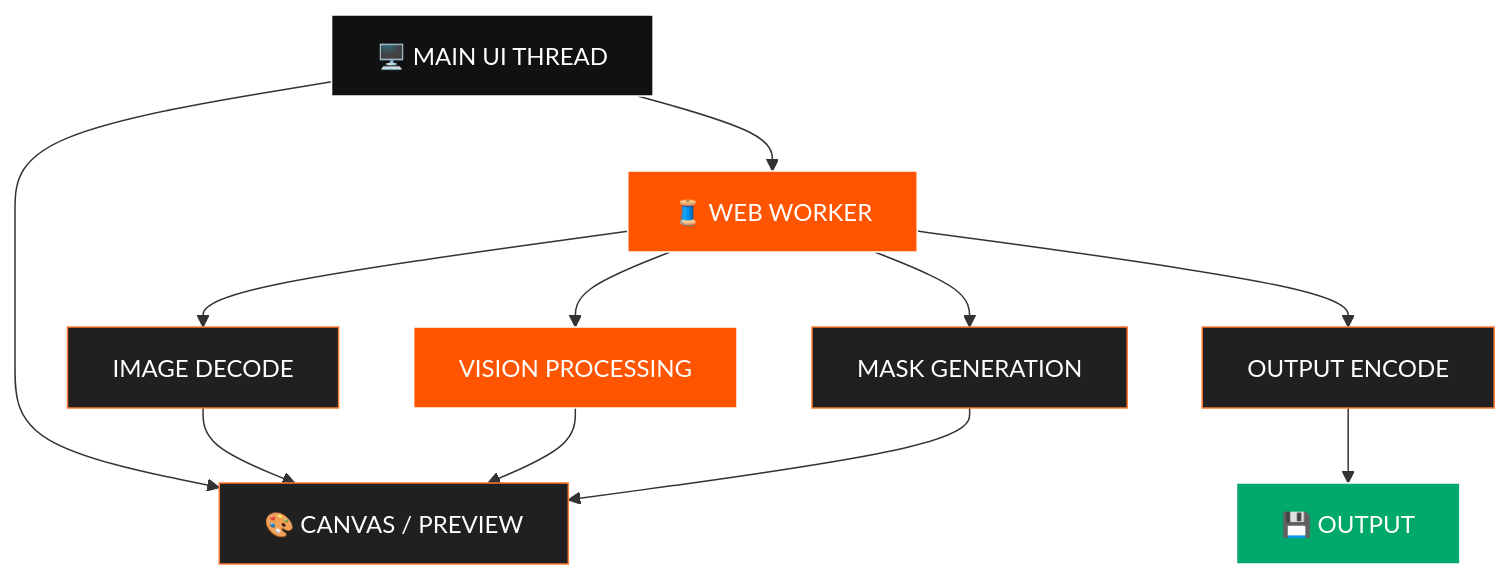
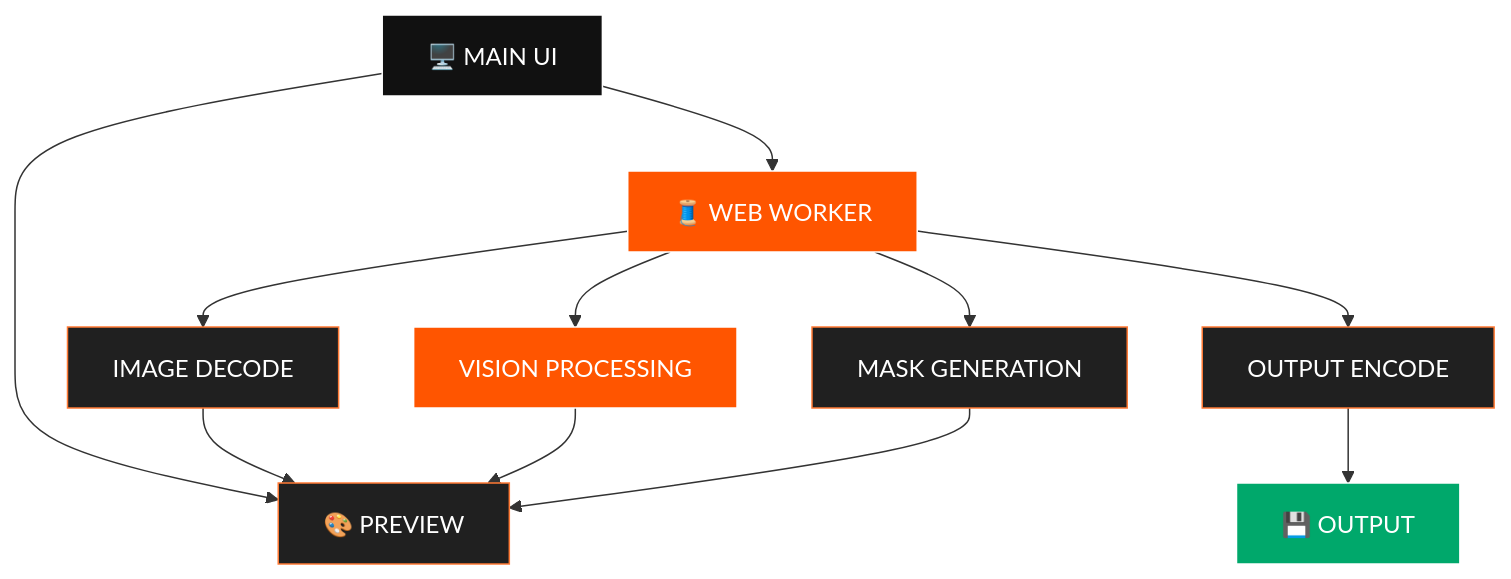
Before and after one commit to AkshatRaj00/cutout-studio: the seventh of 8 diagrams in README.md, drawn with Mermaid. The commit also changed other lines of this file, not shown here.

````diff
--- a/README.md
+++ b/README.md
@@ -341,28 +268,26 @@
 ```mermaid
 flowchart TD
 
-    UI["🖥️ MAIN UI THREAD"]
-
-    UI --> W["🧵 WEB WORKER"]
+    UI["🖥️ MAIN UI"] --> W["🧵 WEB WORKER"]
 
     W --> P1["IMAGE DECODE"]
     W --> P2["VISION PROCESSING"]
     W --> P3["MASK GENERATION"]
     W --> P4["OUTPUT ENCODE"]
 
-    UI --> C["🎨 CANVAS / PREVIEW"]
+    UI --> C["🎨 PREVIEW"]
 
     P1 --> C
     P2 --> C
     P3 --> C
     P4 --> O["💾 OUTPUT"]
 
     style UI fill:#111111,stroke:#ffffff,color:#ffffff
     style W fill:#ff5500,stroke:#ffffff,color:#ffffff
     style C fill:#202020,stroke:#ff7a35,color:#ffffff
     style P1 fill:#202020,stroke:#ff7a35,color:#ffffff
     style P2 fill:#ff5500,stroke:#ffffff,color:#ffffff
     style P3 fill:#202020,stroke:#ff7a35,color:#ffffff
     style P4 fill:#202020,stroke:#ff7a35,color:#ffffff
     style O fill:#00a86b,stroke:#ffffff,color:#ffffff
 ```
````
